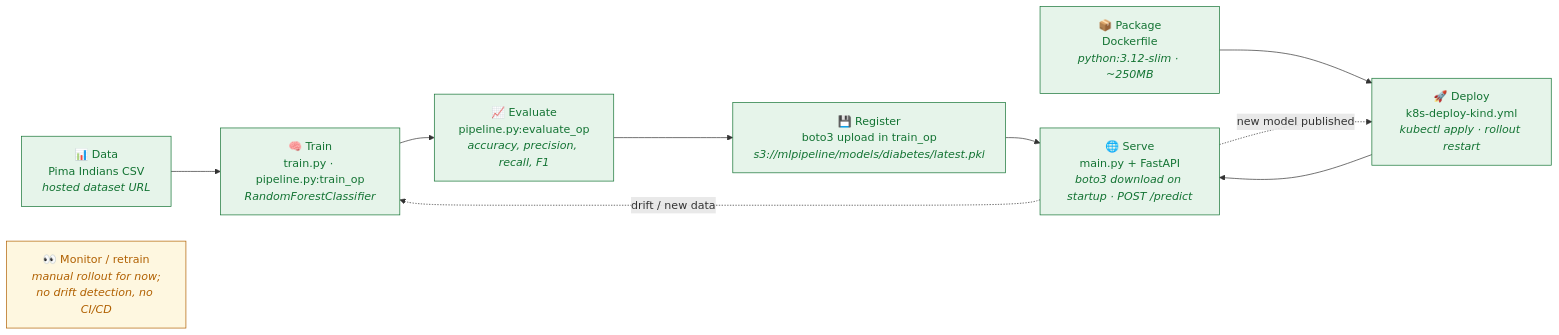
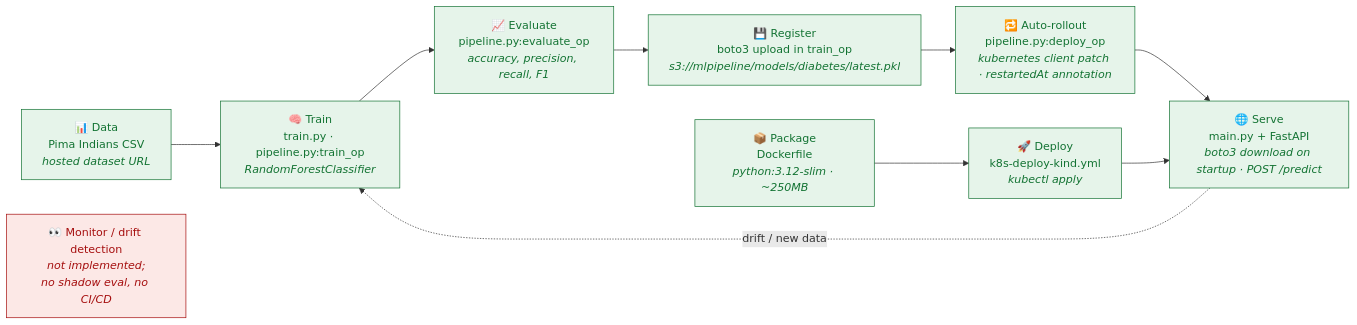
Before and after one commit to yashyaadav/first-mlops-project: the second of 2 diagrams in README.md, drawn with Mermaid. The commit also changed other lines of this file and 3 other files, not shown here.

````diff
--- a/README.md
+++ b/README.md
@@ -56,23 +56,23 @@
 ```mermaid
 flowchart LR
     classDef done fill:#e6f4ea,stroke:#137333,color:#137333
     classDef stub fill:#fef7e0,stroke:#b06000,color:#b06000
     classDef todo fill:#fce8e6,stroke:#a50e0e,color:#a50e0e
 
     D["📊 Data<br/>Pima Indians CSV<br/><i>hosted dataset URL</i>"]
     T["🧠 Train<br/>train.py · pipeline.py:train_op<br/><i>RandomForestClassifier</i>"]
     E["📈 Evaluate<br/>pipeline.py:evaluate_op<br/><i>accuracy, precision, recall, F1</i>"]
     R["💾 Register<br/>boto3 upload in train_op<br/><i>s3://mlpipeline/models/diabetes/latest.pkl</i>"]
     P["📦 Package<br/>Dockerfile<br/><i>python:3.12-slim · ~250MB</i>"]
-    DP["🚀 Deploy<br/>k8s-deploy-kind.yml<br/><i>kubectl apply · rollout restart</i>"]
+    DP["🚀 Deploy<br/>k8s-deploy-kind.yml<br/><i>kubectl apply</i>"]
+    AR["🔁 Auto-rollout<br/>pipeline.py:deploy_op<br/><i>kubernetes client patch · restartedAt annotation</i>"]
     S["🌐 Serve<br/>main.py + FastAPI<br/><i>boto3 download on startup · POST /predict</i>"]
-    M["👀 Monitor / retrain<br/><i>manual rollout for now;<br/>no drift detection, no CI/CD</i>"]
+    M["👀 Monitor / drift detection<br/><i>not implemented;<br/>no shadow eval, no CI/CD</i>"]
 
-    D --> T --> E --> R --> S
+    D --> T --> E --> R --> AR --> S
     P --> DP --> S
-    S -.->|new model published| DP
     S -.->|drift / new data| T
 
-    class D,T,E,R,P,DP,S done
-    class M stub
+    class D,T,E,R,P,DP,AR,S done
+    class M todo
 ```
````
